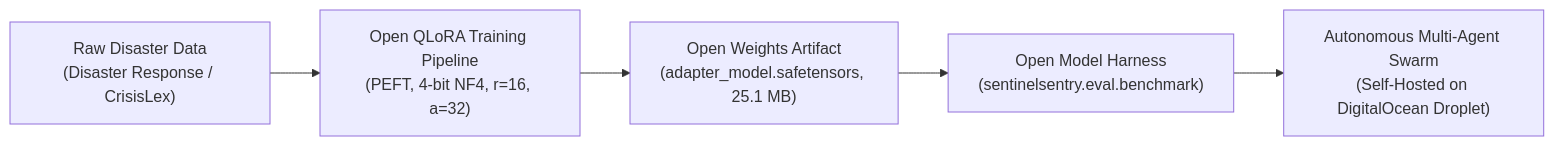
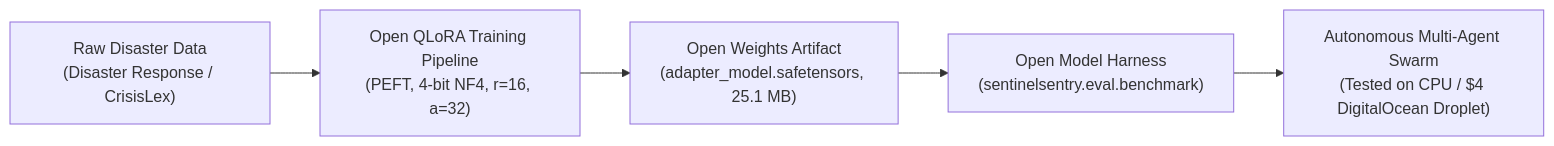
One commit to korrectional/sentinelsentry changed the first of 2 diagrams in CATEGORIES.md. Above: the diagram before and after it, drawn with Mermaid. The commit also changed other lines of this file and 6 other files, not shown here.

Commit message:
docs: clarify taxonomy accuracy (+94 pp absolute), verify CPU/Droplet footprint, add Maritime deploy bridge, and state honest limitations

````diff
--- a/CATEGORIES.md
+++ b/CATEGORIES.md
@@ -19,7 +19,7 @@
 ```mermaid
 flowchart LR
     A["Raw Disaster Data\n(Disaster Response / CrisisLex)"] --> B["Open QLoRA Training Pipeline\n(PEFT, 4-bit NF4, r=16, a=32)"]
     B --> C["Open Weights Artifact\n(adapter_model.safetensors, 25.1 MB)"]
     C --> D["Open Model Harness\n(sentinelsentry.eval.benchmark)"]
-    D --> E["Autonomous Multi-Agent Swarm\n(Self-Hosted on DigitalOcean Droplet)"]
+    D --> E["Autonomous Multi-Agent Swarm\n(Tested on CPU / $4 DigitalOcean Droplet)"]
 ```
````
